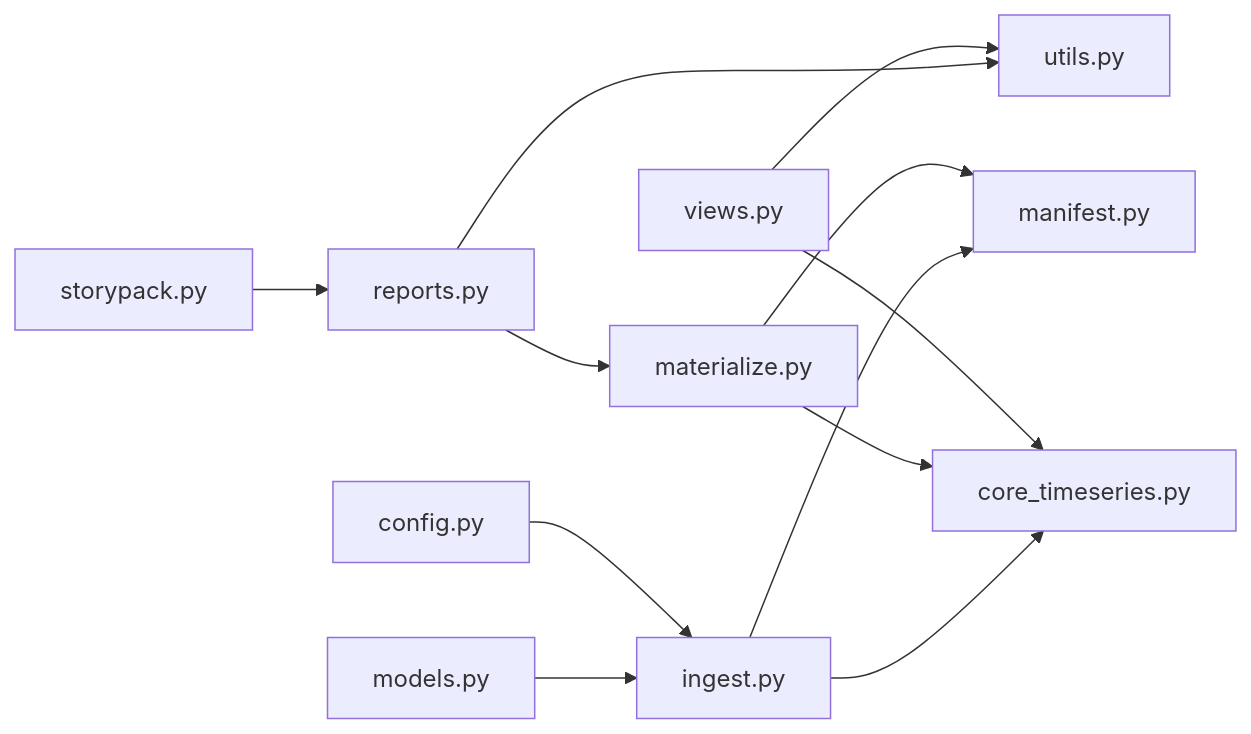
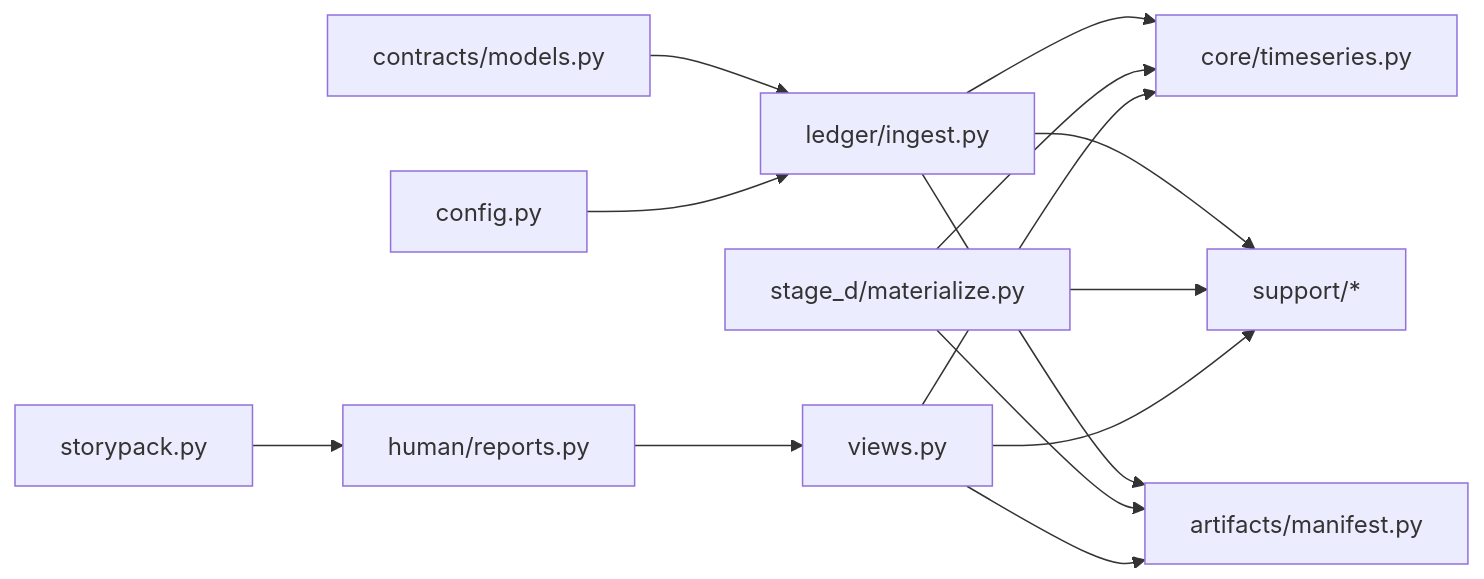
One commit to matuteiglesias/accounting-workflows changed the diagram in notes/diagrams/module_deps.mmd. Above: the diagram before and after it, drawn with Mermaid. The commit also changed 48 other files, not shown here.

```diff
--- a/notes/diagrams/module_deps.mmd
+++ b/notes/diagrams/module_deps.mmd
@@ -1,12 +1,14 @@
 graph LR
-  ingest[ingest.py] --> manifest[manifest.py]
-  ingest --> core[core_timeseries.py]
-  materialize[materialize.py] --> core
+  ingest[ledger/ingest.py] --> manifest[artifacts/manifest.py]
+  ingest --> core[core/timeseries.py]
+  ingest --> support[support/*]
+  materialize[stage_d/materialize.py] --> core
   materialize --> manifest
-  reports[reports.py] --> utils[utils.py]
-  reports --> materialize
-  views[views.py] --> utils
+  materialize --> support
+  reports[human/reports.py] --> views[views.py]
   views --> core
+  views --> support
+  views --> manifest
   storypack[storypack.py] --> reports
-  models[models.py] --> ingest
+  models[contracts/models.py] --> ingest
   config[config.py] --> ingest
```
